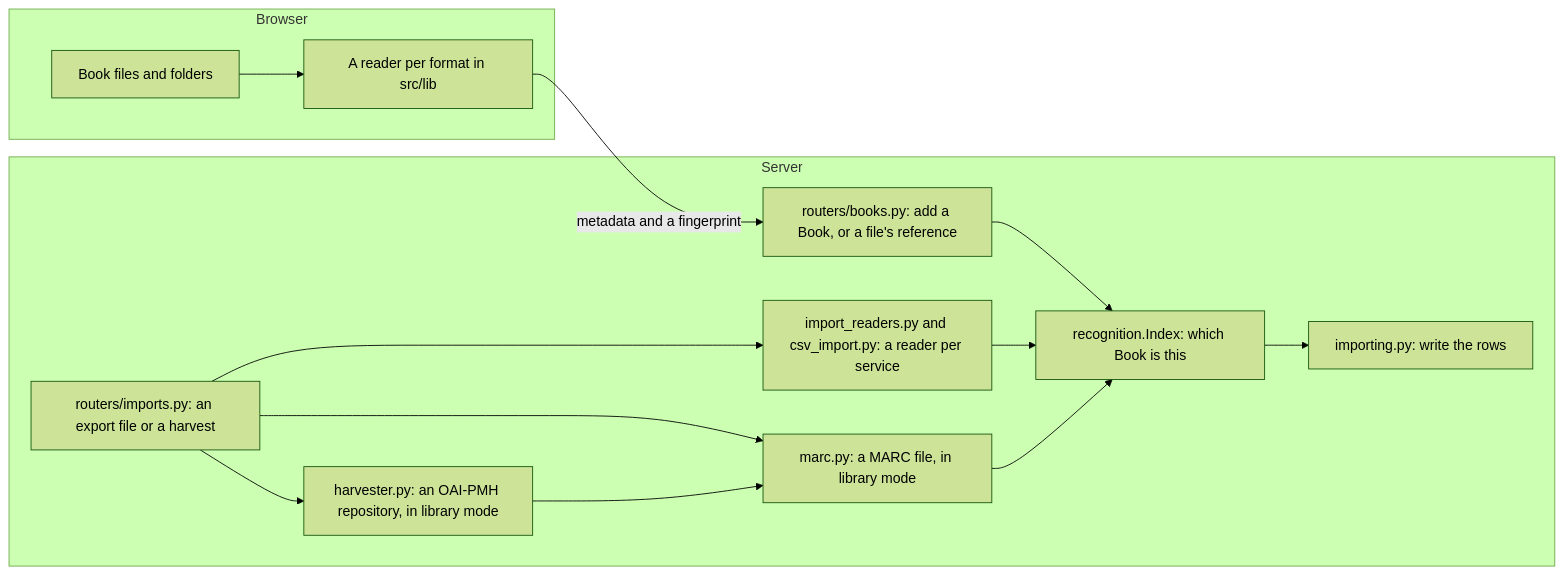
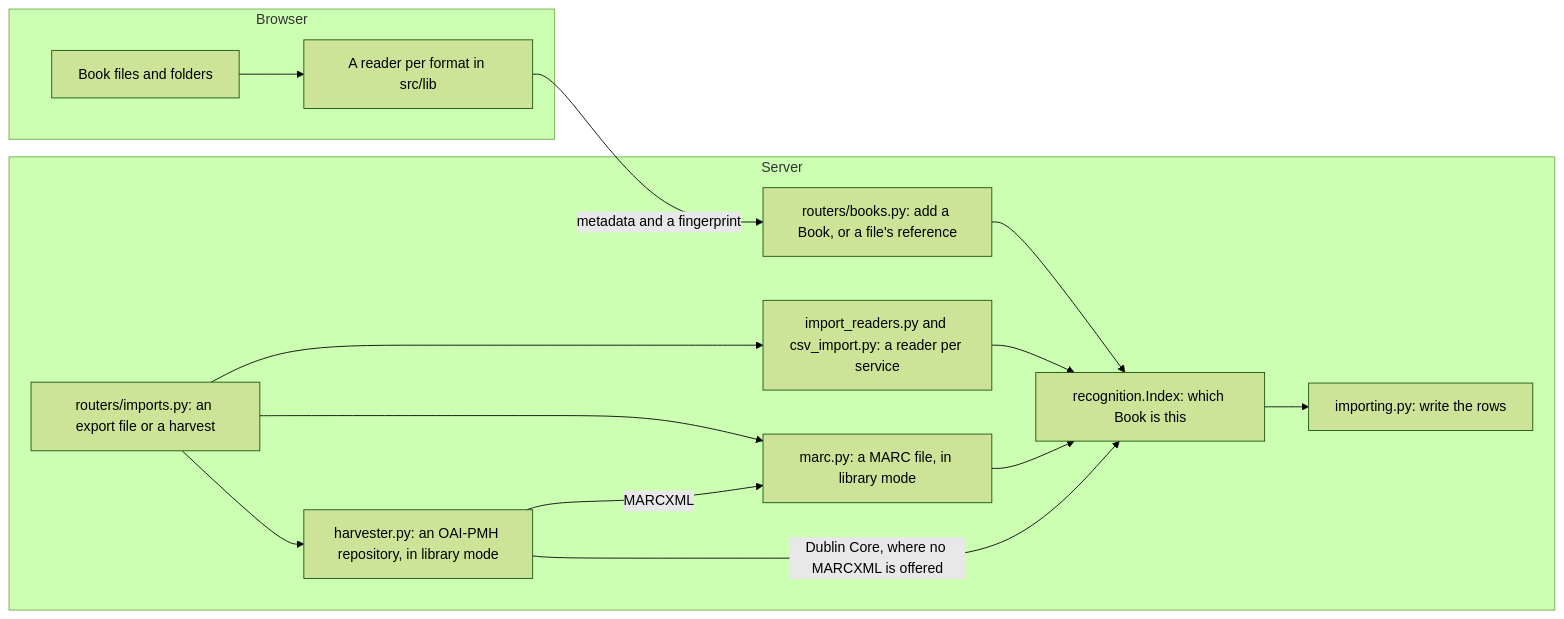
The seventh of 10 diagrams in docs/architecture.md (f-klement/endpaper), drawn with Mermaid (forest theme) before and after one commit. The commit also changed other lines of this file and 40 other files, not shown here.

First line of the commit message:
Record wave lib7's Dublin Core harvest and books list filter in the registers

````diff
--- a/docs/architecture.md
+++ b/docs/architecture.md
@@ -533,22 +533,24 @@
 ```mermaid
 flowchart LR
   subgraph browser ["Browser"]
     files["Book files and folders"]
     readers["A reader per format in src/lib"]
   end
   subgraph server ["Server"]
     books["routers/books.py: add a Book, or a file's reference"]
     exports["routers/imports.py: an export file or a harvest"]
     importreaders["import_readers.py and csv_import.py: a reader per service"]
     harvester["harvester.py: an OAI-PMH repository, in library mode"]
     marc["marc.py: a MARC file, in library mode"]
     recognition["recognition.Index: which Book is this"]
     importing["importing.py: write the rows"]
   end
   files --> readers
   readers -->|"metadata and a fingerprint"| books --> recognition
   exports --> importreaders --> recognition
   exports --> marc --> recognition
-  exports --> harvester --> marc
+  exports --> harvester
+  harvester -->|"MARCXML"| marc
+  harvester -->|"Dublin Core, where no MARCXML is offered"| recognition
   recognition --> importing
 ```
````
